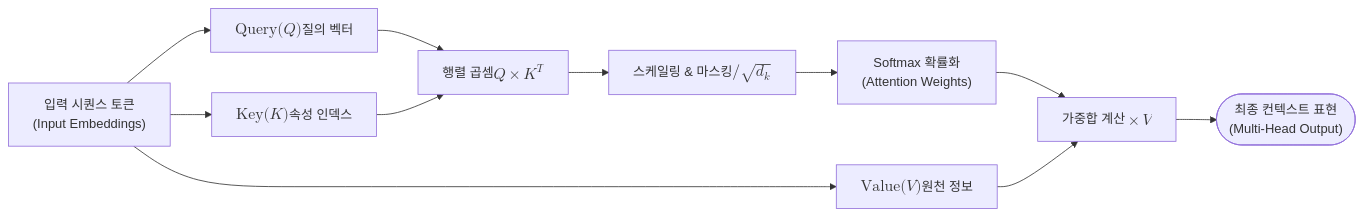
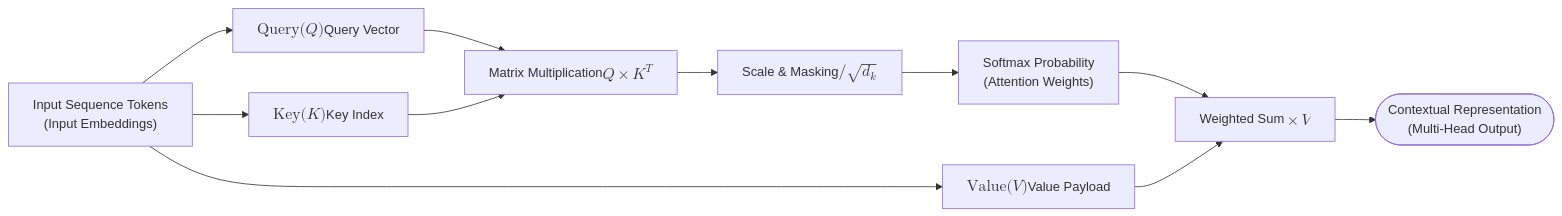
Before and after one commit to joincdream/goslide: the first of 2 diagrams in testdata/demo.md, drawn with Mermaid. The commit also changed other lines of this file and 14 other files, not shown here.

````diff
--- a/testdata/demo.md
+++ b/testdata/demo.md
@@ -108,14 +108,14 @@
 ```mermaid
 flowchart LR
-    In["입력 시퀀스 토큰<br/>(Input Embeddings)"] --> Q["$$\text{Query}(Q)$$<br/>질의 벡터"]
-    In --> K["$$\text{Key}(K)$$<br/>속성 인덱스"]
-    In --> V["$$\text{Value}(V)$$<br/>원천 정보"]
+    In["Input Sequence Tokens<br/>(Input Embeddings)"] --> Q["$$\text{Query}(Q)$$<br/>Query Vector"]
+    In --> K["$$\text{Key}(K)$$<br/>Key Index"]
+    In --> V["$$\text{Value}(V)$$<br/>Value Payload"]
 
-    Q --> Dot["행렬 곱셈<br/>$$Q \times K^T$$"]
+    Q --> Dot["Matrix Multiplication<br/>$$Q \times K^T$$"]
     K --> Dot
-    Dot --> Scale["스케일링 & 마스킹<br/>$$/\sqrt{d_k}$$"]
-    Scale --> Softmax["Softmax 확률화<br/>(Attention Weights)"]
-    Softmax --> Weighted["가중합 계산<br/>$$\times V$$"]
+    Dot --> Scale["Scale & Masking<br/>$$/\sqrt{d_k}$$"]
+    Scale --> Softmax["Softmax Probability<br/>(Attention Weights)"]
+    Softmax --> Weighted["Weighted Sum<br/>$$\times V$$"]
     V --> Weighted
-    Weighted --> Out(["최종 컨텍스트 표현<br/>(Multi-Head Output)"])
+    Weighted --> Out(["Contextual Representation<br/>(Multi-Head Output)"])
 ```
````
